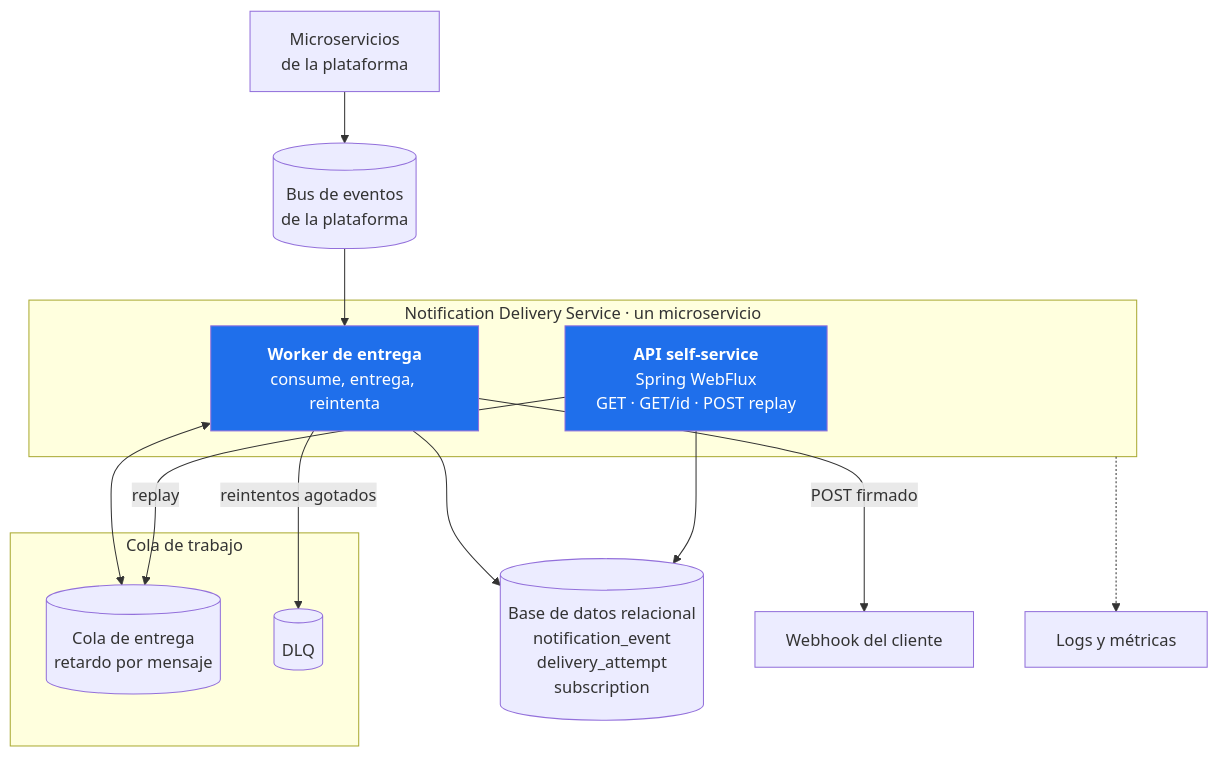
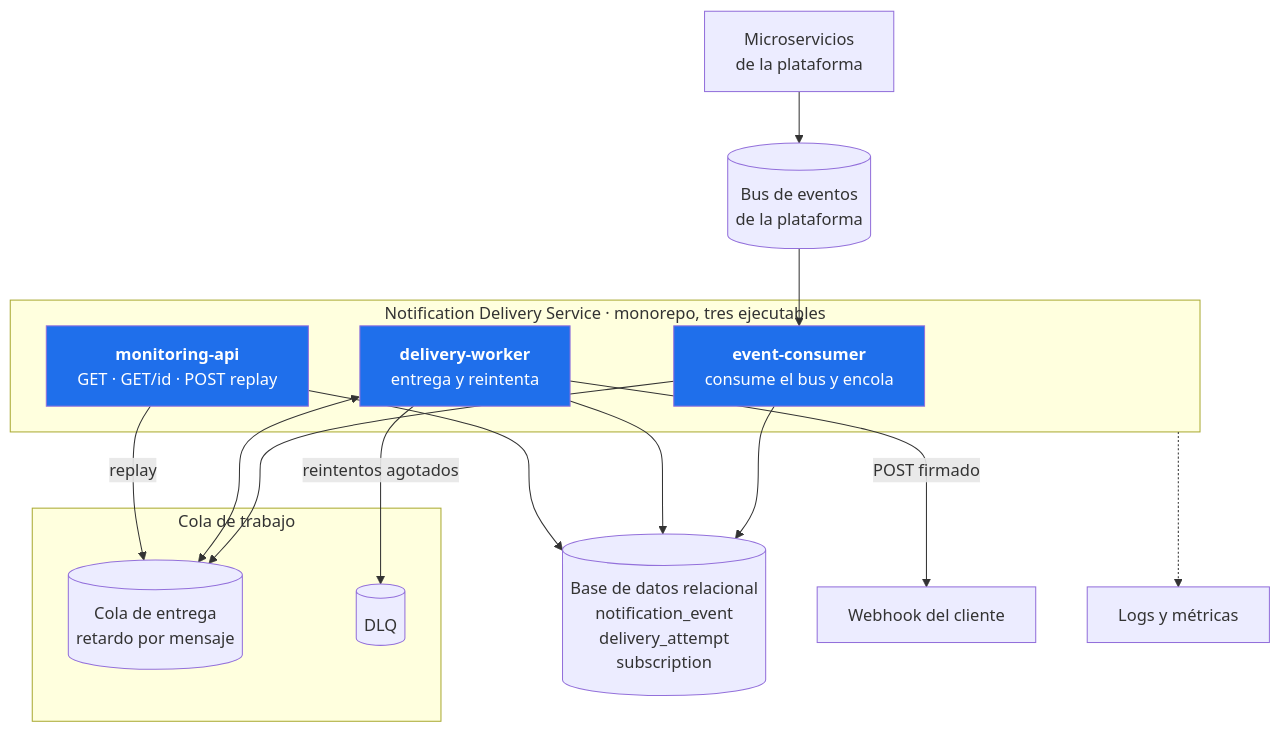
Before and after one commit to ssalaza7/cobre-notification-delivery: the second of 7 diagrams in docs/01-diseno-del-sistema.md, drawn with Mermaid. The commit also changed other lines of this file and 4 other files, not shown here.

````diff
--- a/docs/01-diseno-del-sistema.md
+++ b/docs/01-diseno-del-sistema.md
@@ -54,31 +54,35 @@
 ```mermaid
 flowchart TB
     platform["Microservicios<br/>de la plataforma"]
     bus[("Bus de eventos<br/>de la plataforma")]
 
-    subgraph service["Notification Delivery Service · un microservicio"]
-        api["<b>API self-service</b><br/>Spring WebFlux<br/>GET · GET/id · POST replay"]
-        worker["<b>Worker de entrega</b><br/>consume, entrega, reintenta"]
+    subgraph service["Notification Delivery Service · monorepo, tres ejecutables"]
+        consumer["<b>event-consumer</b><br/>consume el bus y encola"]
+        worker["<b>delivery-worker</b><br/>entrega y reintenta"]
+        api["<b>monitoring-api</b><br/>GET · GET/id · POST replay"]
     end
 
     subgraph queues["Cola de trabajo"]
         dq[("Cola de entrega<br/>retardo por mensaje")]
         dlq[("DLQ")]
     end
 
     db[("Base de datos relacional<br/>notification_event<br/>delivery_attempt<br/>subscription")]
     hook["Webhook del cliente"]
     obs["Logs y métricas"]
 
-    platform --> bus --> worker
+    platform --> bus --> consumer
+    consumer --> dq
+    consumer --> db
     worker <--> dq
     worker -- "reintentos agotados" --> dlq
     worker -- "POST firmado" --> hook
     worker --> db
     api --> db
     api -- "replay" --> dq
     service -.-> obs
 
     style api fill:#1f6feb,color:#fff
     style worker fill:#1f6feb,color:#fff
+    style consumer fill:#1f6feb,color:#fff
 ```
````
